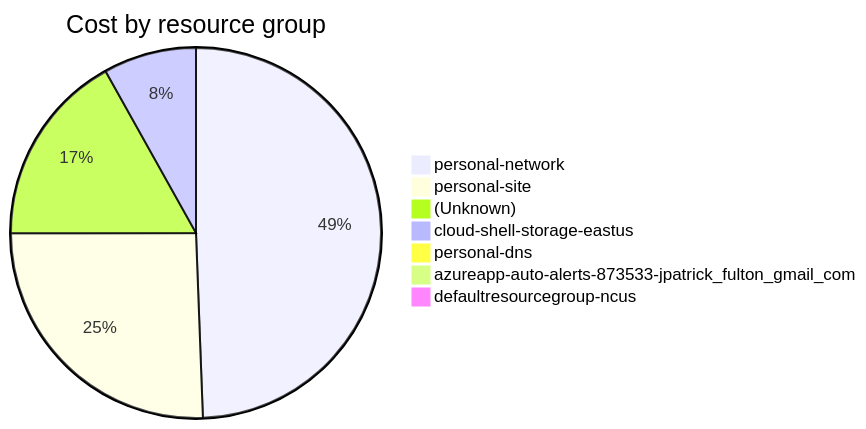
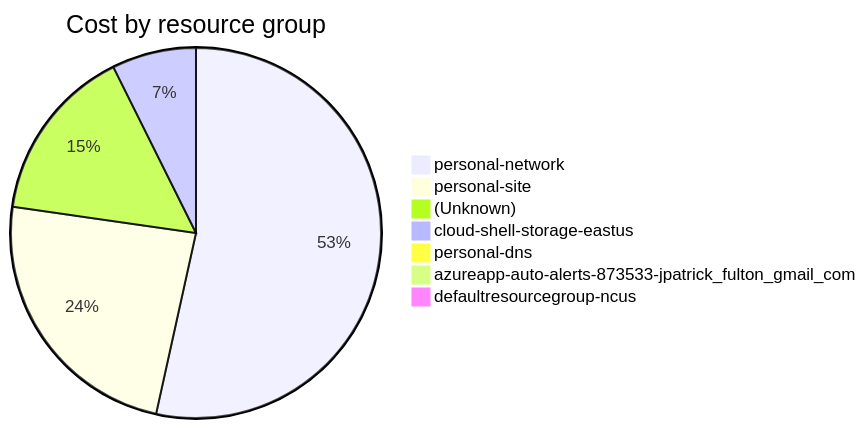
The fourth of 4 diagrams in cost-reports/accumulated-cost.md (jpfulton/azure-personal-reports), drawn with Mermaid before and after one commit. The commit also changed other lines of this file and 2 other files, not shown here.

````diff
--- a/cost-reports/accumulated-cost.md
+++ b/cost-reports/accumulated-cost.md
@@ -159,11 +159,11 @@
 ```mermaid
 pie
    title Cost by resource group
-   "personal-network" : 33.13
-   "personal-site" : 17.15
-   "(Unknown)" : 11.34
-   "cloud-shell-storage-eastus" : 5.44
-   "personal-dns" : 0.36
+   "personal-network" : 40.05
+   "personal-site" : 17.84
+   "(Unknown)" : 11.52
+   "cloud-shell-storage-eastus" : 5.51
+   "personal-dns" : 0.39
    "azureapp-auto-alerts-873533-jpatrick_fulton_gmail_com" : 0.00
    "defaultresourcegroup-ncus" : 0.00
 ```
````
